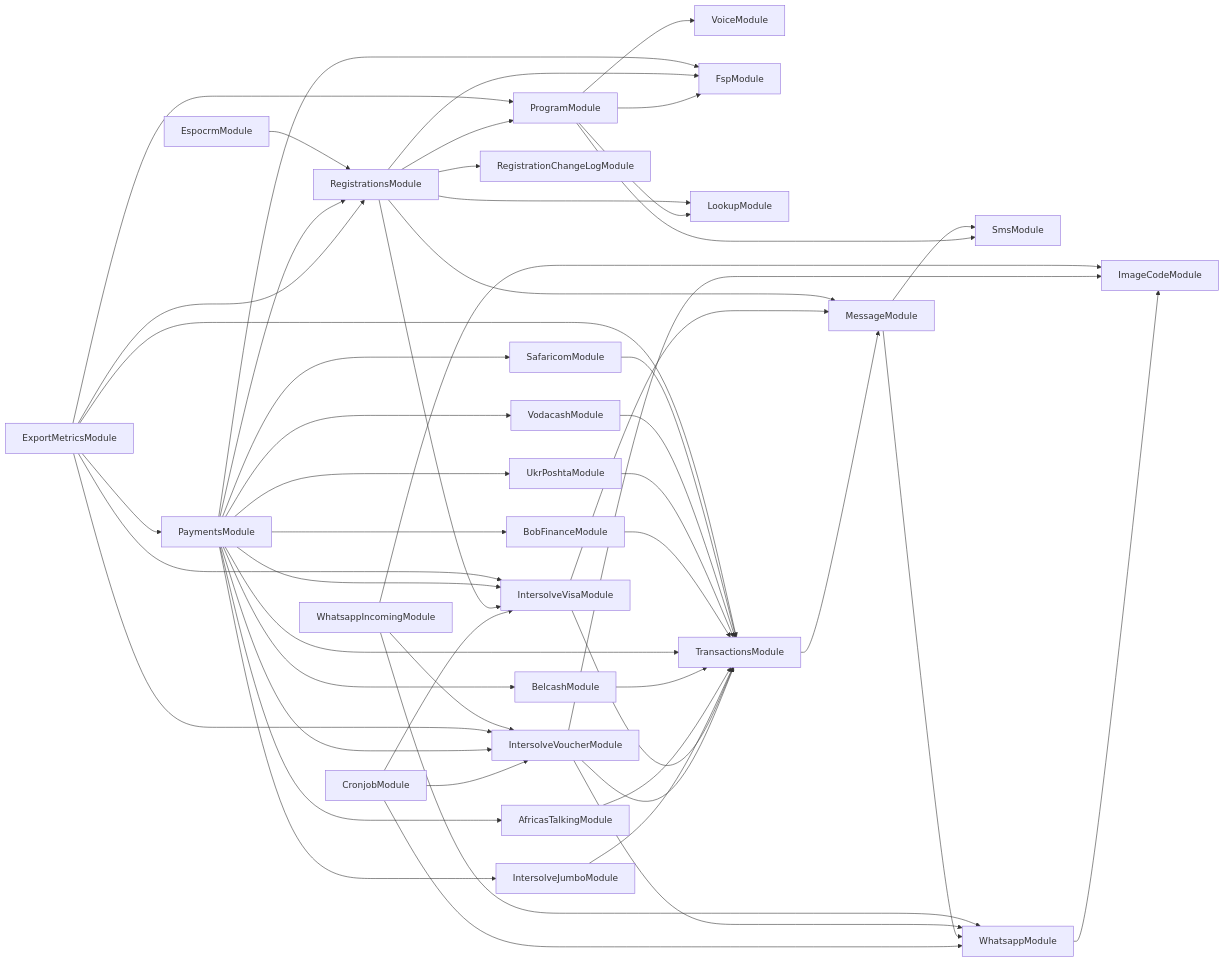
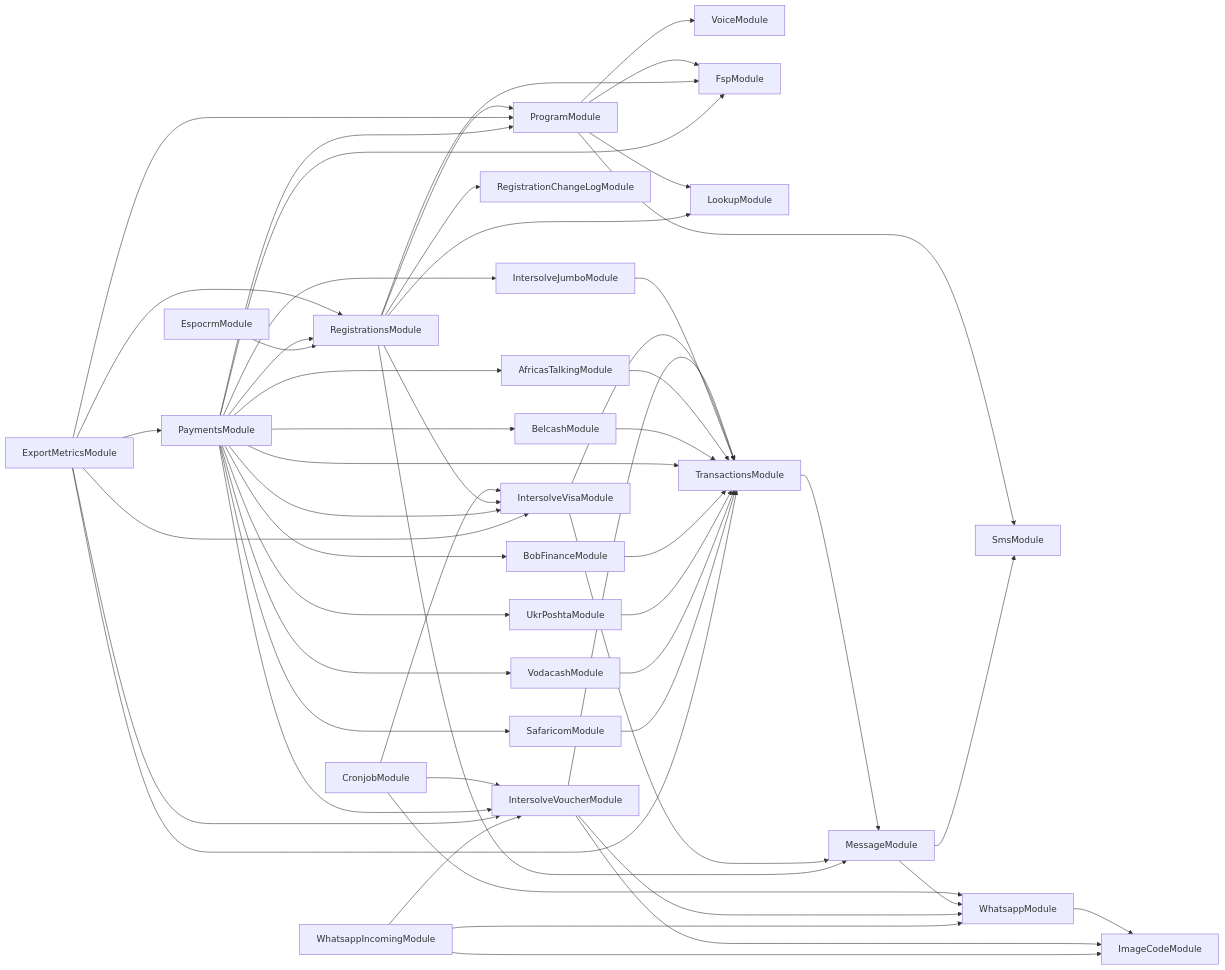
Before and after one commit to global-121/121-platform: the diagram in services/121-service/module-dependencies.md, drawn with Mermaid. The commit also changed 20 other files, not shown here.

````diff
--- a/services/121-service/module-dependencies.md
+++ b/services/121-service/module-dependencies.md
@@ -3,54 +3,55 @@
 ```mermaid
 graph LR
   ProgramModule-->SmsModule
   ProgramModule-->VoiceModule
   ProgramModule-->FspModule
   ProgramModule-->LookupModule
   CronjobModule-->WhatsappModule
   WhatsappModule-->ImageCodeModule
   CronjobModule-->IntersolveVoucherModule
   IntersolveVoucherModule-->ImageCodeModule
   IntersolveVoucherModule-->TransactionsModule
   TransactionsModule-->MessageModule
   MessageModule-->WhatsappModule
   MessageModule-->SmsModule
   IntersolveVoucherModule-->WhatsappModule
   CronjobModule-->IntersolveVisaModule
   IntersolveVisaModule-->TransactionsModule
   IntersolveVisaModule-->MessageModule
   RegistrationsModule-->LookupModule
   RegistrationsModule-->ProgramModule
   RegistrationsModule-->FspModule
   RegistrationsModule-->MessageModule
   RegistrationsModule-->IntersolveVisaModule
   RegistrationsModule-->RegistrationChangeLogModule
   ExportMetricsModule-->ProgramModule
   ExportMetricsModule-->RegistrationsModule
   ExportMetricsModule-->PaymentsModule
   PaymentsModule-->FspModule
   PaymentsModule-->IntersolveVoucherModule
   PaymentsModule-->IntersolveVisaModule
   PaymentsModule-->IntersolveJumboModule
   IntersolveJumboModule-->TransactionsModule
   PaymentsModule-->AfricasTalkingModule
   AfricasTalkingModule-->TransactionsModule
   PaymentsModule-->BelcashModule
   BelcashModule-->TransactionsModule
   PaymentsModule-->TransactionsModule
   PaymentsModule-->BobFinanceModule
   BobFinanceModule-->TransactionsModule
   PaymentsModule-->UkrPoshtaModule
   UkrPoshtaModule-->TransactionsModule
   PaymentsModule-->VodacashModule
   VodacashModule-->TransactionsModule
   PaymentsModule-->SafaricomModule
   SafaricomModule-->TransactionsModule
   PaymentsModule-->RegistrationsModule
+  PaymentsModule-->ProgramModule
   ExportMetricsModule-->TransactionsModule
   ExportMetricsModule-->IntersolveVisaModule
   ExportMetricsModule-->IntersolveVoucherModule
   WhatsappIncomingModule-->ImageCodeModule
   WhatsappIncomingModule-->IntersolveVoucherModule
   WhatsappIncomingModule-->WhatsappModule
   EspocrmModule-->RegistrationsModule
 ```
````
